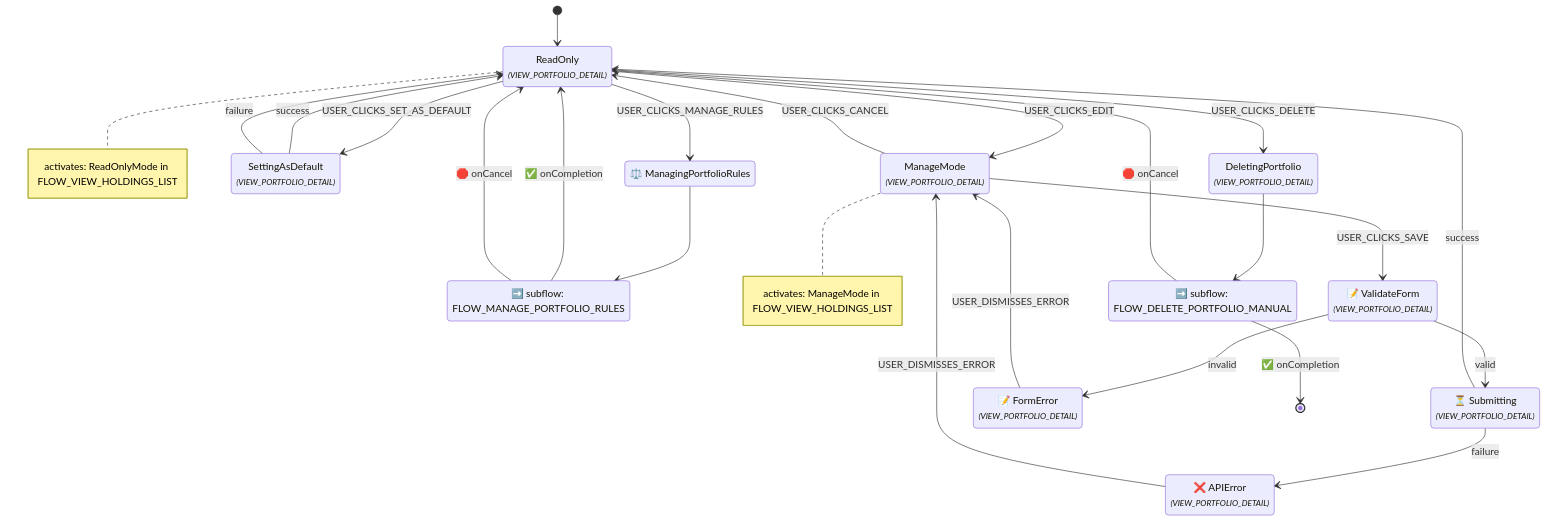
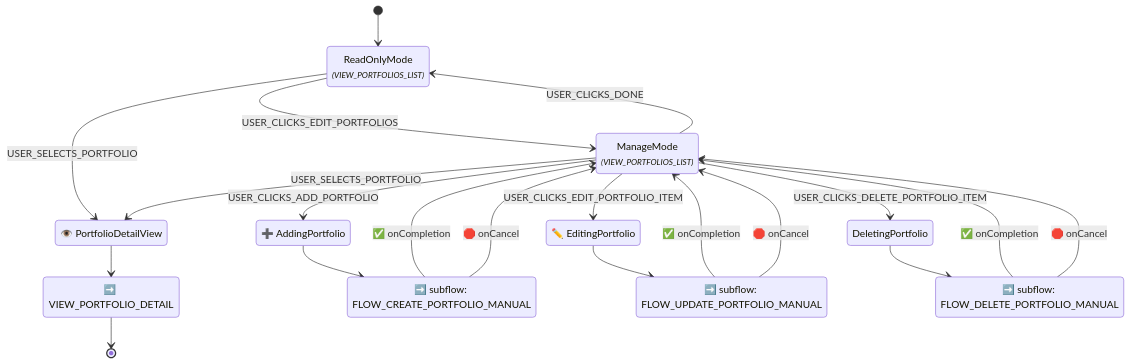
Before and after one commit to enzhao/Sentinel: the seventh of 23 diagrams in docs/ui_flow_diagrams.md, drawn with Mermaid. The commit also changed other lines of this file and 3 other files, not shown here.

First line of the commit message:
docs(spec): refine and clarify UI flow specifications

````diff
--- a/docs/ui_flow_diagrams.md
+++ b/docs/ui_flow_diagrams.md
@@ -148,41 +153,33 @@
 ```mermaid
 stateDiagram-v2
-    [*] --> ReadOnly
-    state "ReadOnly<br/><font size="2"><i>(VIEW_PORTFOLIO_DETAIL)</i></font>" as ReadOnly
-    ReadOnly --> ManageMode : USER_CLICKS_EDIT
-    ReadOnly --> DeletingPortfolio : USER_CLICKS_DELETE
-    ReadOnly --> SettingAsDefault : USER_CLICKS_SET_AS_DEFAULT
-    ReadOnly --> ManagingPortfolioRules : USER_CLICKS_MANAGE_RULES
-    note right of ReadOnly
-        activates: ReadOnlyMode in FLOW_VIEW_HOLDINGS_LIST
-    end note
-    state "⚖️ ManagingPortfolioRules" as ManagingPortfolioRules
-    state "➡️ subflow: FLOW_MANAGE_PORTFOLIO_RULES" as ManagingPortfolioRules_subflow_node
-    ManagingPortfolioRules --> ManagingPortfolioRules_subflow_node
-    ManagingPortfolioRules_subflow_node --> ReadOnly : ✅ onCompletion
-    ManagingPortfolioRules_subflow_node --> ReadOnly : 🛑 onCancel
-    state "ManageMode<br/><font size="2"><i>(VIEW_PORTFOLIO_DETAIL)</i></font>" as ManageMode
-    ManageMode --> ValidateForm : USER_CLICKS_SAVE
-    ManageMode --> ReadOnly : USER_CLICKS_CANCEL
-    note right of ManageMode
-        activates: ManageMode in FLOW_VIEW_HOLDINGS_LIST
-    end note
-    state "📝 ValidateForm<br/><font size="2"><i>(VIEW_PORTFOLIO_DETAIL)</i></font>" as ValidateForm
-    ValidateForm --> Submitting : valid
-    ValidateForm --> FormError : invalid
-    state "⏳ Submitting<br/><font size="2"><i>(VIEW_PORTFOLIO_DETAIL)</i></font>" as Submitting
-    Submitting --> ReadOnly : success
-    Submitting --> APIError : failure
-    state "📝 FormError<br/><font size="2"><i>(VIEW_PORTFOLIO_DETAIL)</i></font>" as FormError
-    FormError --> ManageMode : USER_DISMISSES_ERROR
-    state "❌ APIError<br/><font size="2"><i>(VIEW_PORTFOLIO_DETAIL)</i></font>" as APIError
-    APIError --> ManageMode : USER_DISMISSES_ERROR
-    state "DeletingPortfolio<br/><font size="2"><i>(VIEW_PORTFOLIO_DETAIL)</i></font>" as DeletingPortfolio
+    %% Flow ID: FLOW_VIEW_PORTFOLIOS_LIST
+    [*] --> ReadOnlyMode
+    state "ReadOnlyMode<br/><font size="2"><i>(VIEW_PORTFOLIOS_LIST)</i></font>" as ReadOnlyMode
+    ReadOnlyMode --> ManageMode : USER_CLICKS_EDIT_PORTFOLIOS
+    ReadOnlyMode --> PortfolioDetailView : USER_SELECTS_PORTFOLIO
+    state "ManageMode<br/><font size="2"><i>(VIEW_PORTFOLIOS_LIST)</i></font>" as ManageMode
+    ManageMode --> ReadOnlyMode : USER_CLICKS_DONE
+    ManageMode --> PortfolioDetailView : USER_SELECTS_PORTFOLIO
+    ManageMode --> AddingPortfolio : USER_CLICKS_ADD_PORTFOLIO
+    ManageMode --> EditingPortfolio : USER_CLICKS_EDIT_PORTFOLIO_ITEM
+    ManageMode --> DeletingPortfolio : USER_CLICKS_DELETE_PORTFOLIO_ITEM
+    state "👁️ PortfolioDetailView" as PortfolioDetailView
+    state "➡️ VIEW_PORTFOLIO_DETAIL" as PortfolioDetailView_exit_action
+    PortfolioDetailView --> PortfolioDetailView_exit_action
+    PortfolioDetailView_exit_action --> [*]
+    state "➕ AddingPortfolio" as AddingPortfolio
+    state "➡️ subflow: FLOW_CREATE_PORTFOLIO_MANUAL" as AddingPortfolio_subflow_node
+    AddingPortfolio --> AddingPortfolio_subflow_node
+    AddingPortfolio_subflow_node --> ManageMode : ✅ onCompletion
+    AddingPortfolio_subflow_node --> ManageMode : 🛑 onCancel
+    state "✏️ EditingPortfolio" as EditingPortfolio
+    state "➡️ subflow: FLOW_UPDATE_PORTFOLIO_MANUAL" as EditingPortfolio_subflow_node
+    EditingPortfolio --> EditingPortfolio_subflow_node
+    EditingPortfolio_subflow_node --> ManageMode : ✅ onCompletion
+    EditingPortfolio_subflow_node --> ManageMode : 🛑 onCancel
+    state "DeletingPortfolio" as DeletingPortfolio
     state "➡️ subflow: FLOW_DELETE_PORTFOLIO_MANUAL" as DeletingPortfolio_subflow_node
     DeletingPortfolio --> DeletingPortfolio_subflow_node
-    DeletingPortfolio_subflow_node --> [*] : ✅ onCompletion
-    DeletingPortfolio_subflow_node --> ReadOnly : 🛑 onCancel
-    state "SettingAsDefault<br/><font size="2"><i>(VIEW_PORTFOLIO_DETAIL)</i></font>" as SettingAsDefault
-    SettingAsDefault --> ReadOnly : success
-    SettingAsDefault --> ReadOnly : failure
+    DeletingPortfolio_subflow_node --> ManageMode : ✅ onCompletion
+    DeletingPortfolio_subflow_node --> ManageMode : 🛑 onCancel
 ```
````
